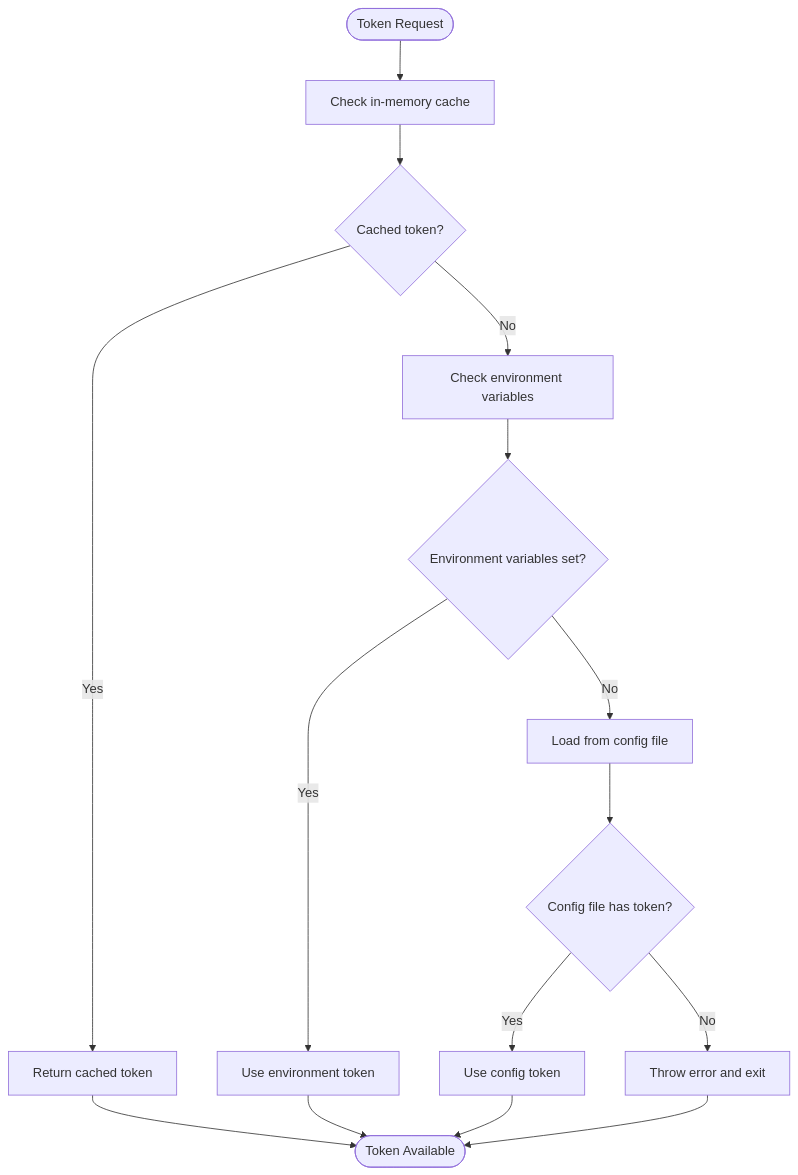
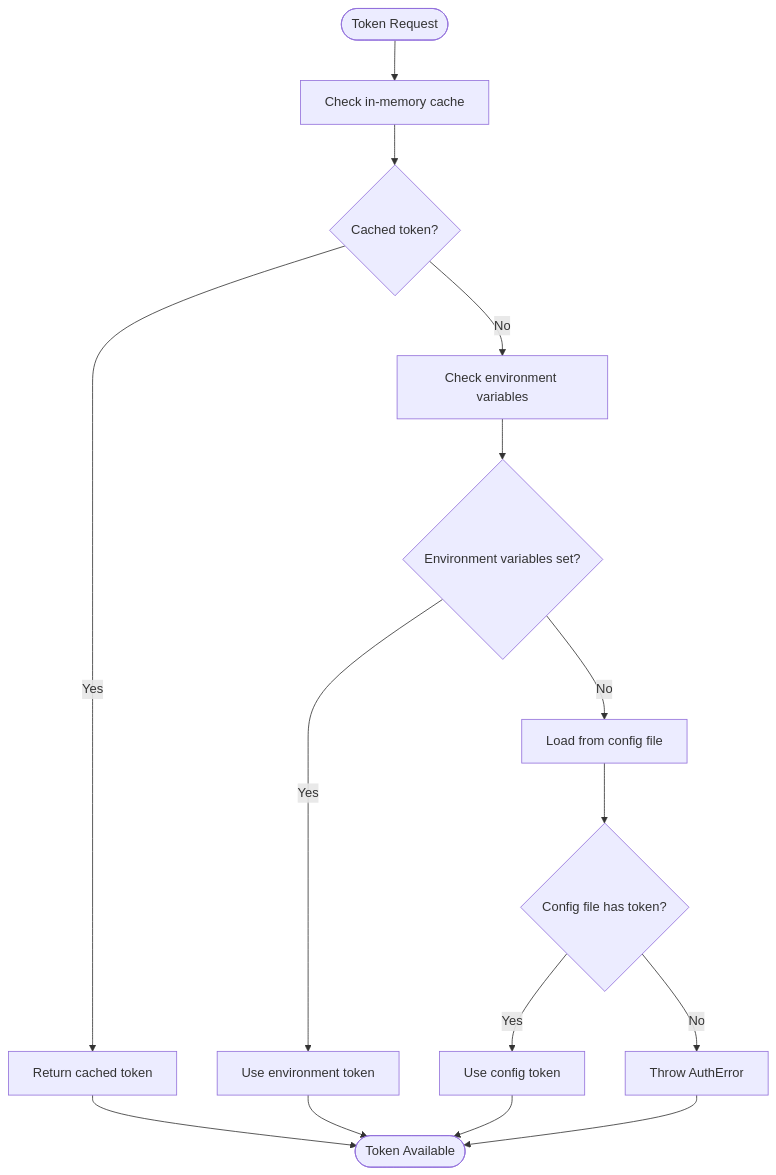
Before and after one commit to yuexiaoliang/baiduwangpan-manager: the fifth of 11 diagrams in .qoder/repowiki/en/content/API Integration/HTTP Client Architecture.md, drawn with Mermaid. The commit also changed other lines of this file and 30 other files, not shown here.

````diff
--- a/.qoder/repowiki/en/content/API Integration/HTTP Client Architecture.md
+++ b/.qoder/repowiki/en/content/API Integration/HTTP Client Architecture.md
@@ -204,17 +288,17 @@
 ```mermaid
 flowchart TD
 Start([Token Request]) --> CheckCache["Check in-memory cache"]
 CheckCache --> HasCache{"Cached token?"}
 HasCache --> |Yes| ReturnCache["Return cached token"]
 HasCache --> |No| CheckEnv["Check environment variables"]
 CheckEnv --> HasEnv{"Environment variables set?"}
 HasEnv --> |Yes| UseEnv["Use environment token"]
 HasEnv --> |No| LoadConfig["Load from config file"]
 LoadConfig --> HasConfig{"Config file has token?"}
 HasConfig --> |Yes| UseConfig["Use config token"]
-HasConfig --> |No| Error["Throw error and exit"]
+HasConfig --> |No| Error["Throw AuthError"]
 ReturnCache --> End([Token Available])
 UseEnv --> End
 UseConfig --> End
 Error --> End
 ```
````
